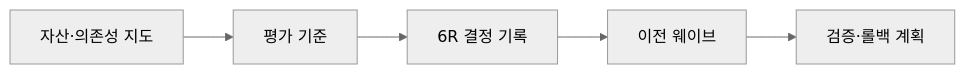
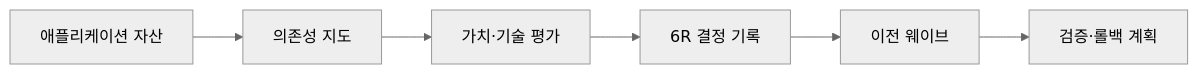
One commit to agnusdei1207/knowledge-base changed the first of 2 diagrams in src/content/docs/notes/03-software/146_cloud_migration_6r.md. Above: the diagram before and after it, drawn with Mermaid (neutral theme). The commit also changed other lines of this file and 7 other files, not shown here.

````diff
--- a/src/content/docs/notes/03-software/146_cloud_migration_6r.md
+++ b/src/content/docs/notes/03-software/146_cloud_migration_6r.md
@@ -57,7 +54,8 @@
 ```mermaid
 flowchart LR
-    A[자산·의존성 지도] --> B[평가 기준]
-    B --> C[6R 결정 기록]
-    C --> D[이전 웨이브]
-    D --> E[검증·롤백 계획]
+    A[애플리케이션 자산] --> D[의존성 지도]
+    D --> E[가치·기술 평가]
+    E --> R[6R 결정 기록]
+    R --> W[이전 웨이브]
+    W --> V[검증·롤백 계획]
 ```
````
